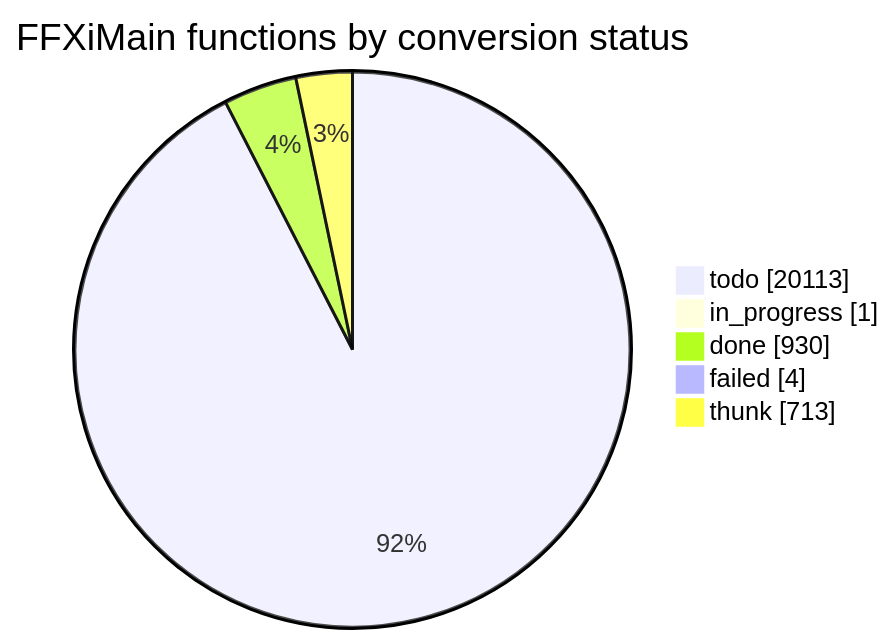
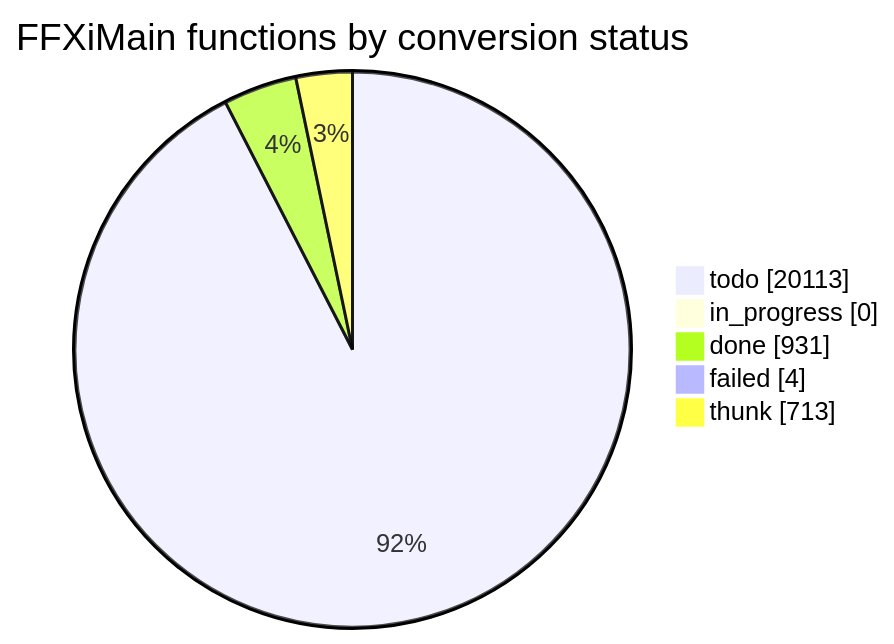
Before and after one commit to cowrevenge/cow_kuluu_xi_anything: the diagram in docs/cow/STATUS.md, drawn with Mermaid. The commit also changed other lines of this file and 9 other files, not shown here.

````diff
--- a/docs/cow/STATUS.md
+++ b/docs/cow/STATUS.md
@@ -18,9 +18,9 @@
 ```mermaid
 pie showData
     title FFXiMain functions by conversion status
     "todo" : 20113
-    "in_progress" : 1
-    "done" : 930
+    "in_progress" : 0
+    "done" : 931
     "failed" : 4
     "thunk" : 713
 ```
````
